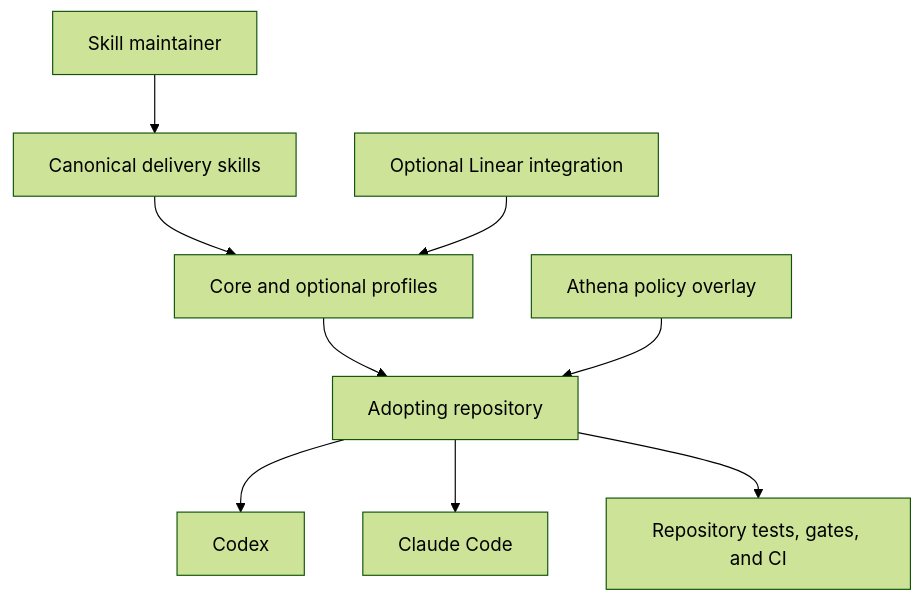
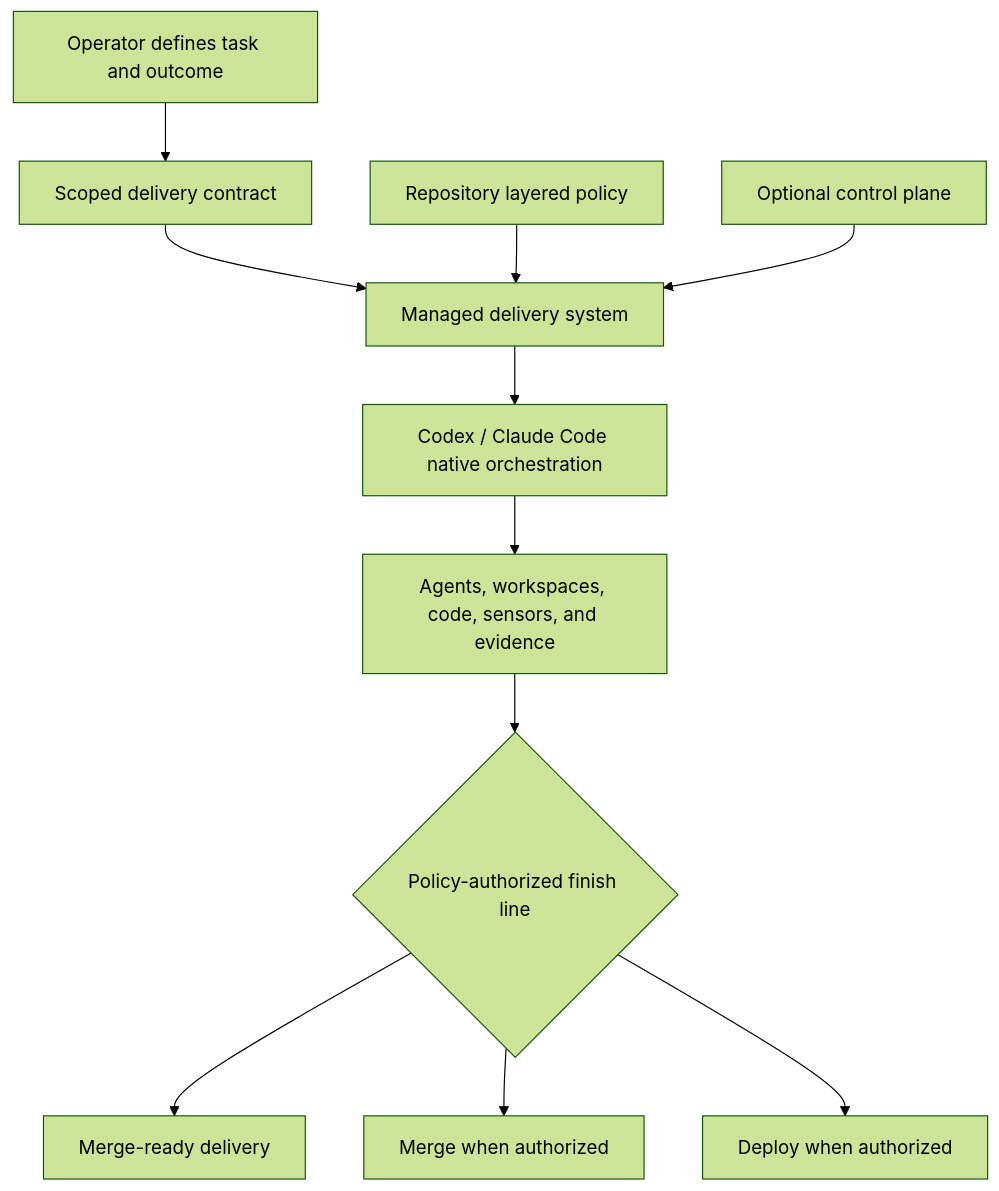
One commit to kwam1na/athena changed the diagram in docs/brainstorms/2026-08-27-cross-agent-delivery-skills-requirements.md. Above: the diagram before and after it, drawn with Mermaid (forest theme). The commit also changed other lines of this file and 2 other files, not shown here.

First line of the commit message:
docs: settle the managed agent delivery system plan at unanimous review alignment

````diff
--- a/docs/brainstorms/2026-08-27-cross-agent-delivery-skills-requirements.md
+++ b/docs/brainstorms/2026-08-27-cross-agent-delivery-skills-requirements.md
@@ -22,11 +23,13 @@
 ```mermaid
 flowchart TB
-  Maintainer["Skill maintainer"] --> Canonical["Canonical delivery skills"]
-  Canonical --> Profiles["Core and optional profiles"]
-  Profiles --> Adoption["Adopting repository"]
-  Adoption --> Codex["Codex"]
-  Adoption --> Claude["Claude Code"]
-  Linear["Optional Linear integration"] --> Profiles
-  Athena["Athena policy overlay"] --> Adoption
-  Adoption --> Sensors["Repository tests, gates, and CI"]
+  Operator["Operator defines task and outcome"] --> Contract["Scoped delivery contract"]
+  Contract --> System["Managed delivery system"]
+  Policy["Repository layered policy"] --> System
+  Control["Optional control plane"] --> System
+  System --> Hosts["Codex / Claude Code native orchestration"]
+  Hosts --> Local["Agents, workspaces, code, sensors, and evidence"]
+  Local --> Decision{"Policy-authorized finish line"}
+  Decision --> Ready["Merge-ready delivery"]
+  Decision --> Merge["Merge when authorized"]
+  Decision --> Deploy["Deploy when authorized"]
 ```
````
